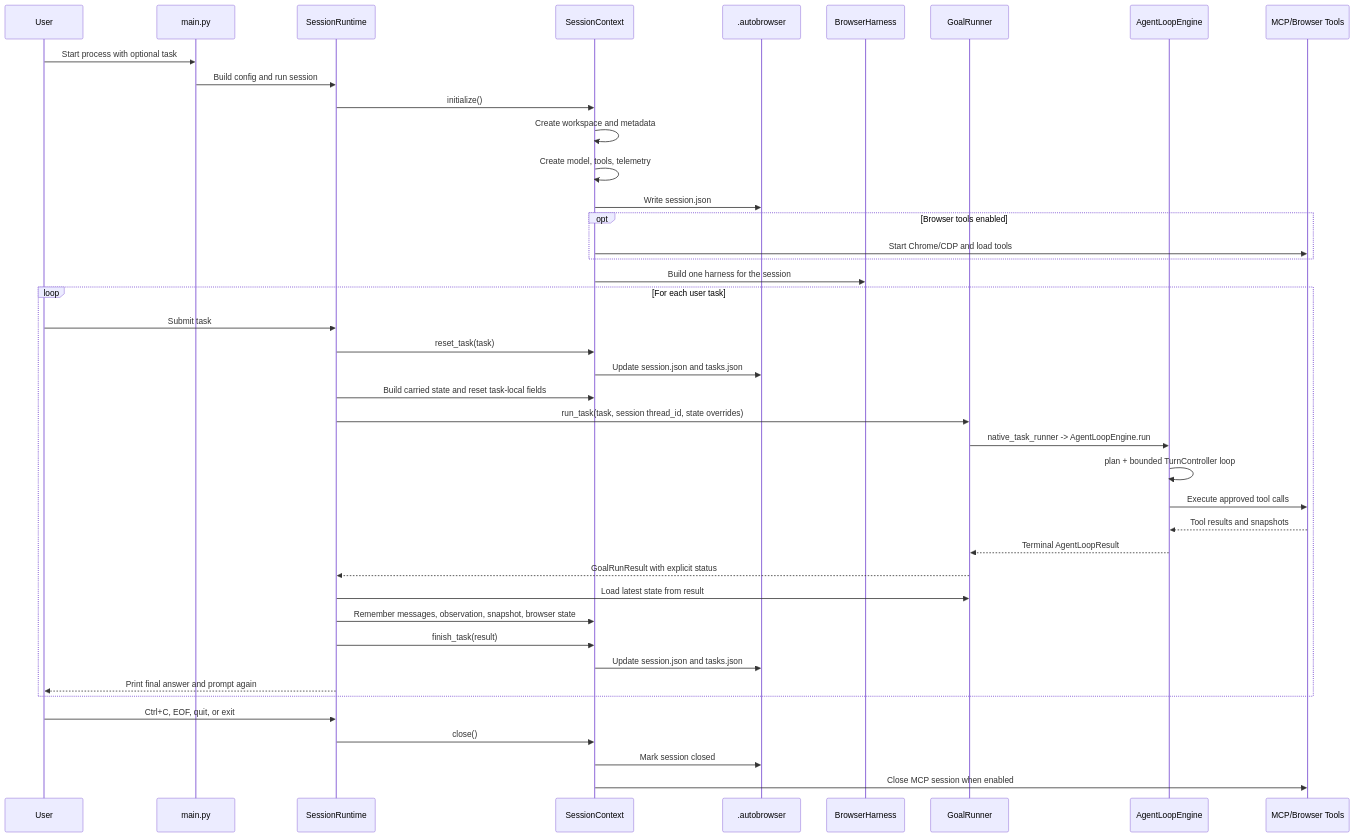
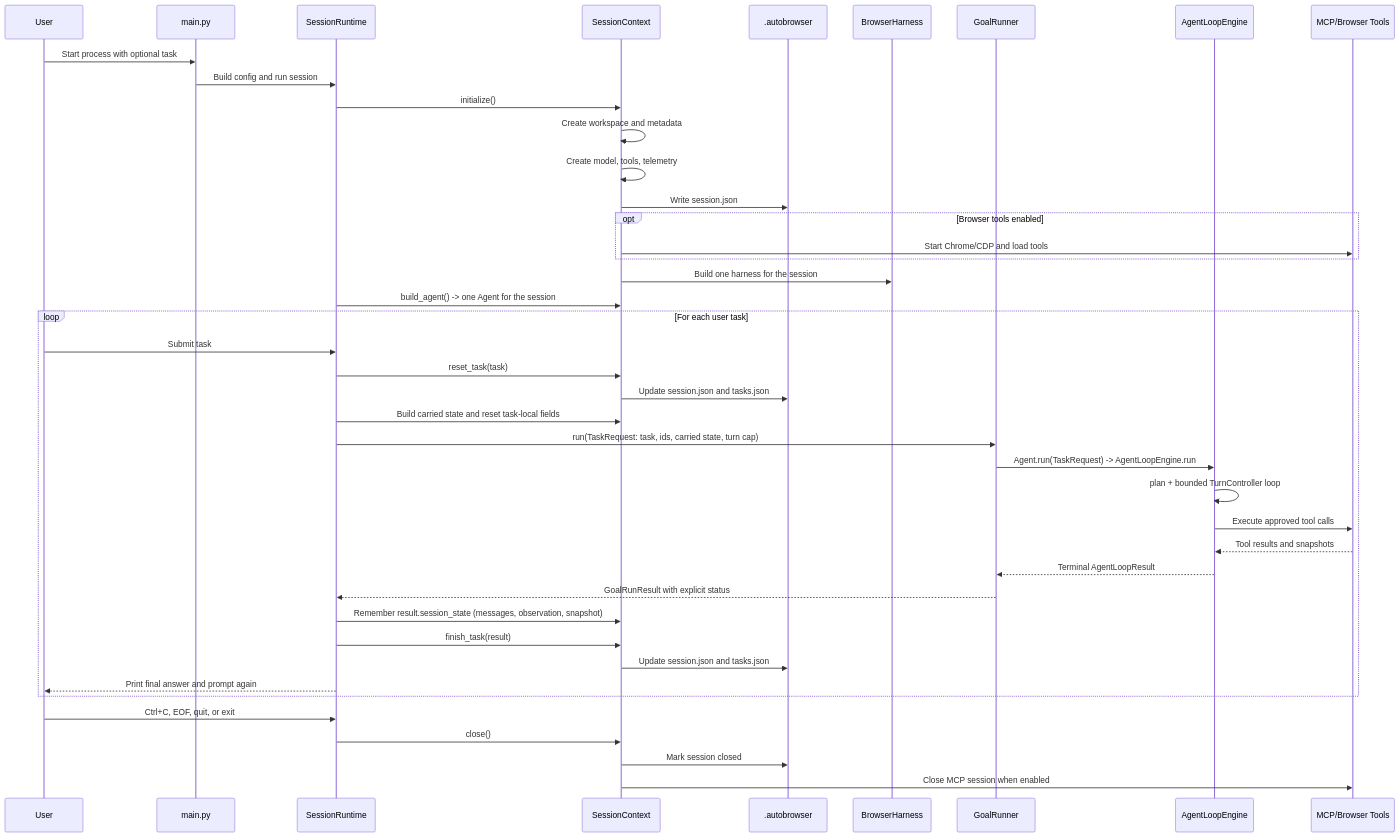
Before and after one commit to Hastur456/AutoBrowser: the diagram in docs/diagrams/session-runtime-sequence.md, drawn with Mermaid. The commit also changed 8 other files, not shown here.

````diff
--- a/docs/diagrams/session-runtime-sequence.md
+++ b/docs/diagrams/session-runtime-sequence.md
@@ -9,45 +9,45 @@
 ```mermaid
 sequenceDiagram
   participant User
   participant CLI as main.py
   participant Session as SessionRuntime
   participant Context as SessionContext
   participant Files as .autobrowser
   participant Harness as BrowserHarness
   participant Goals as GoalRunner
   participant Engine as AgentLoopEngine
   participant MCP as MCP/Browser Tools
 
   User->>CLI: Start process with optional task
   CLI->>Session: Build config and run session
   Session->>Context: initialize()
   Context->>Context: Create workspace and metadata
   Context->>Context: Create model, tools, telemetry
   Context->>Files: Write session.json
   opt Browser tools enabled
     Context->>MCP: Start Chrome/CDP and load tools
   end
   Context->>Harness: Build one harness for the session
+  Session->>Context: build_agent() -> one Agent for the session
   loop For each user task
     User->>Session: Submit task
     Session->>Context: reset_task(task)
     Context->>Files: Update session.json and tasks.json
     Session->>Context: Build carried state and reset task-local fields
-    Session->>Goals: run_task(task, session thread_id, state overrides)
-    Goals->>Engine: native_task_runner -> AgentLoopEngine.run
+    Session->>Goals: run(TaskRequest: task, ids, carried state, turn cap)
+    Goals->>Engine: Agent.run(TaskRequest) -> AgentLoopEngine.run
     Engine->>Engine: plan + bounded TurnController loop
     Engine->>MCP: Execute approved tool calls
     MCP-->>Engine: Tool results and snapshots
     Engine-->>Goals: Terminal AgentLoopResult
     Goals-->>Session: GoalRunResult with explicit status
-    Session->>Goals: Load latest state from result
-    Session->>Context: Remember messages, observation, snapshot, browser state
+    Session->>Context: Remember result.session_state (messages, observation, snapshot)
     Session->>Context: finish_task(result)
     Context->>Files: Update session.json and tasks.json
     Session-->>User: Print final answer and prompt again
   end
   User->>Session: Ctrl+C, EOF, quit, or exit
   Session->>Context: close()
   Context->>Files: Mark session closed
   Context->>MCP: Close MCP session when enabled
 ```
````
